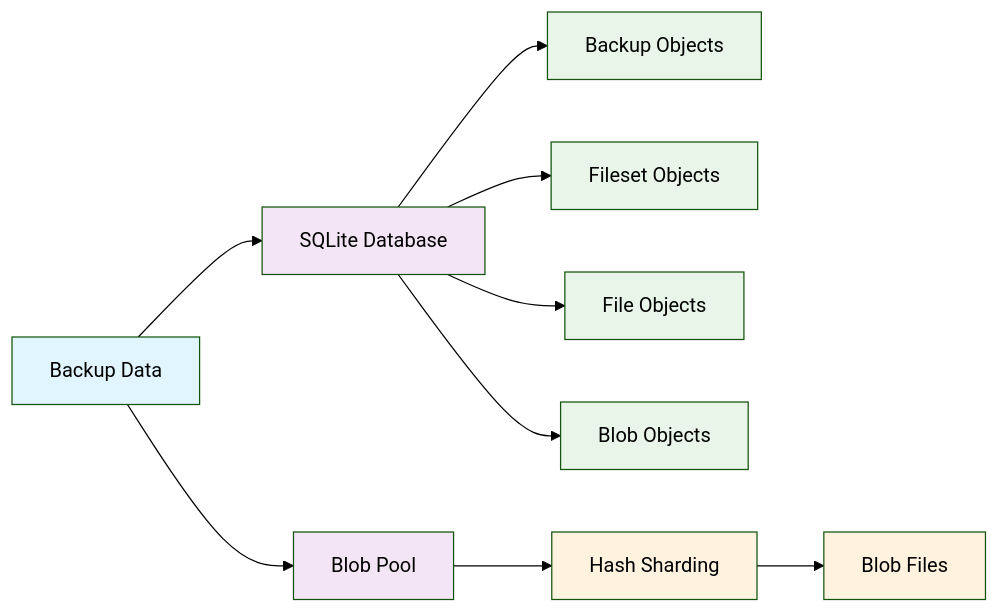
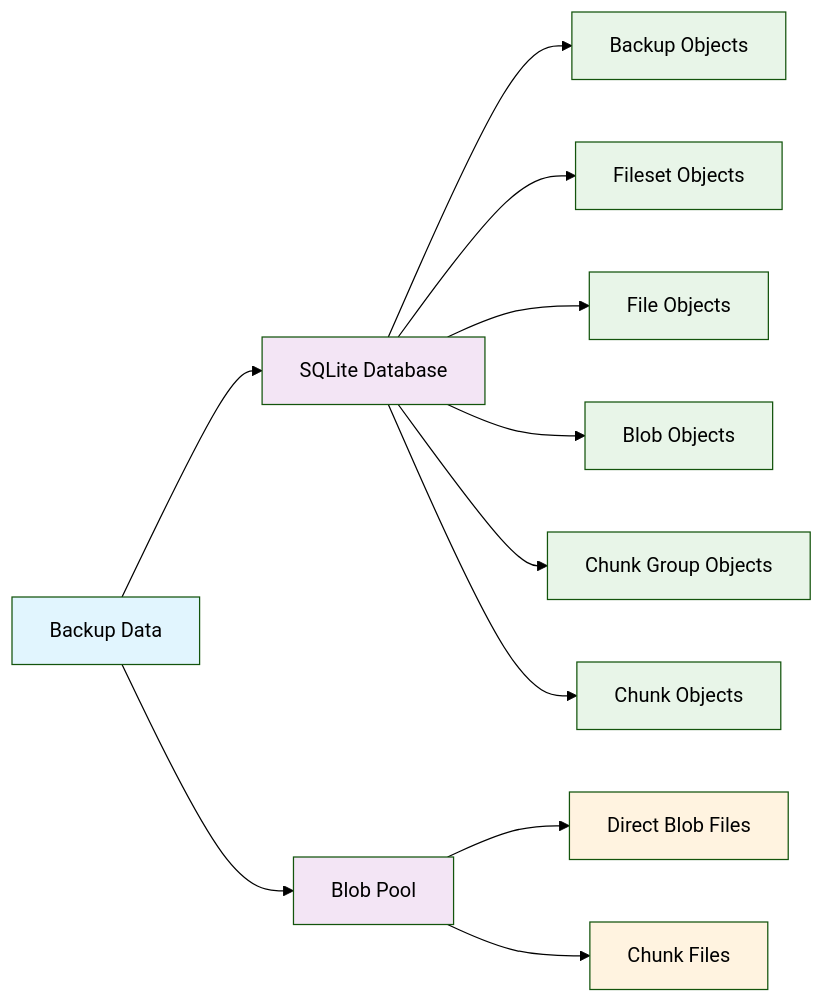
One commit to TISUnion/PrimeBackup changed the second of 2 diagrams in docs/concept/storage_structure.md. Above: the diagram before and after it, drawn with Mermaid (forest theme). The commit also changed other lines of this file and 13 other files, not shown here.

````diff
--- a/docs/concept/storage_structure.md
+++ b/docs/concept/storage_structure.md
@@ -88,23 +104,27 @@
 ```mermaid
 graph LR
     A[Backup Data] --> DB[SQLite Database]
     A --> blob_pool[Blob Pool]
 
     DB --> backup[Backup Objects]
     DB --> fileset[Fileset Objects]
     DB --> file[File Objects]
     DB --> blob[Blob Objects]
+    DB --> chunk_group[Chunk Group Objects]
+    DB --> chunk[Chunk Objects]
 
-    blob_pool --> blob_storage[Hash Sharding]
-    blob_storage --> blob_file[Blob Files]
+    blob_pool --> blob_storage[Direct Blob Files]
+    blob_pool --> chunk_storage[Chunk Files]
 
     style A fill:#e1f5fe
     style DB fill:#f3e5f5
     style blob_pool fill:#f3e5f5
     style backup fill:#e8f5e8
     style fileset fill:#e8f5e8
     style file fill:#e8f5e8
     style blob fill:#e8f5e8
+    style chunk_group fill:#e8f5e8
+    style chunk fill:#e8f5e8
     style blob_storage fill:#fff3e0
-    style blob_file fill:#fff3e0
+    style chunk_storage fill:#fff3e0
 ```
````
